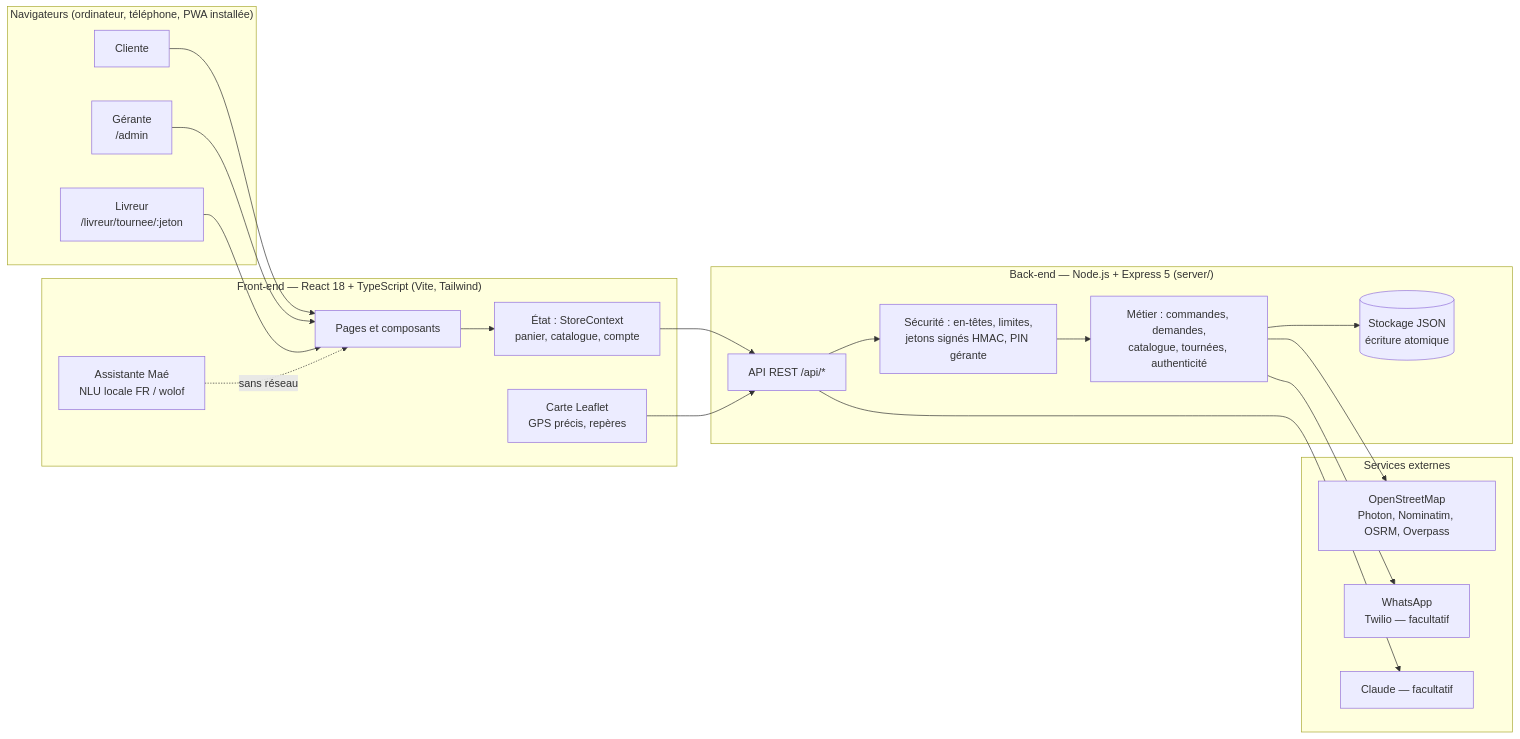
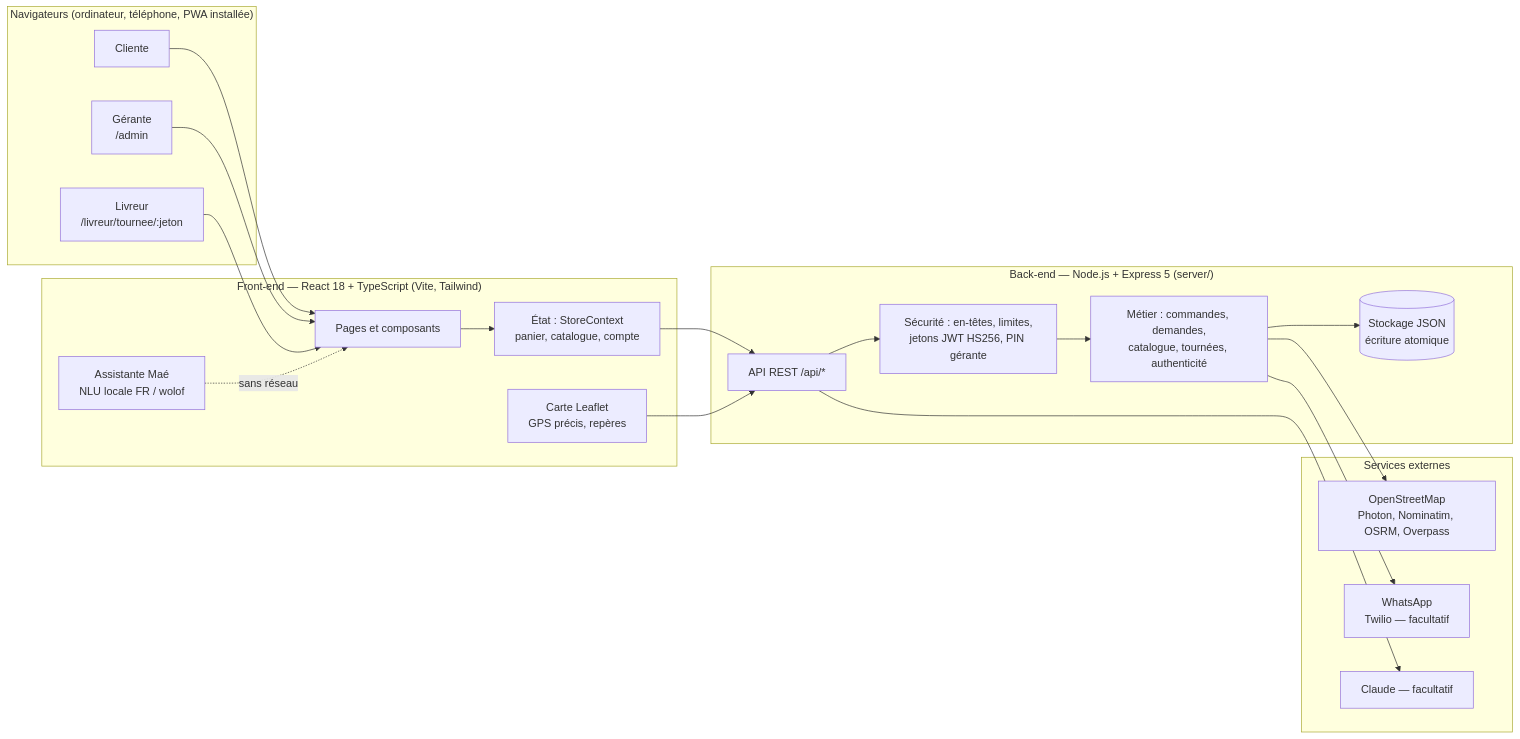
One commit to fatoumayorofall-dev/allo-beton changed the first of 6 diagrams in maefa-store/docs/ARCHITECTURE.md. Above: the diagram before and after it, drawn with Mermaid. The commit also changed other lines of this file and 10 other files, not shown here.

First line of the commit message:
Jetons JWT (RFC 7519, HS256) et tests unitaires

````diff
--- a/maefa-store/docs/ARCHITECTURE.md
+++ b/maefa-store/docs/ARCHITECTURE.md
@@ -15,33 +15,33 @@
 ```mermaid
 flowchart LR
   subgraph Clients["Navigateurs (ordinateur, téléphone, PWA installée)"]
     C[Cliente]
     G[Gérante<br/>/admin]
     L[Livreur<br/>/livreur/tournee/:jeton]
   end
   subgraph Front["Front-end — React 18 + TypeScript (Vite, Tailwind)"]
     UI[Pages et composants]
     CTX[État : StoreContext<br/>panier, catalogue, compte]
     MAE[Assistante Maé<br/>NLU locale FR / wolof]
     MAP[Carte Leaflet<br/>GPS précis, repères]
   end
   subgraph Back["Back-end — Node.js + Express 5 (server/)"]
     API[API REST /api/*]
-    SEC[Sécurité : en-têtes, limites,<br/>jetons signés HMAC, PIN gérante]
+    SEC[Sécurité : en-têtes, limites,<br/>jetons JWT HS256, PIN gérante]
     DOM[Métier : commandes, demandes,<br/>catalogue, tournées, authenticité]
     STO[(Stockage JSON<br/>écriture atomique)]
   end
   subgraph Ext["Services externes"]
     OSM[OpenStreetMap<br/>Photon, Nominatim, OSRM, Overpass]
     WA[WhatsApp<br/>Twilio — facultatif]
     IA[Claude — facultatif]
   end
   C & G & L --> UI
   UI --> CTX --> API
   MAE -. sans réseau .-> UI
   MAP --> API
   API --> SEC --> DOM --> STO
   DOM --> OSM
   DOM --> WA
   API --> IA
 ```
````
